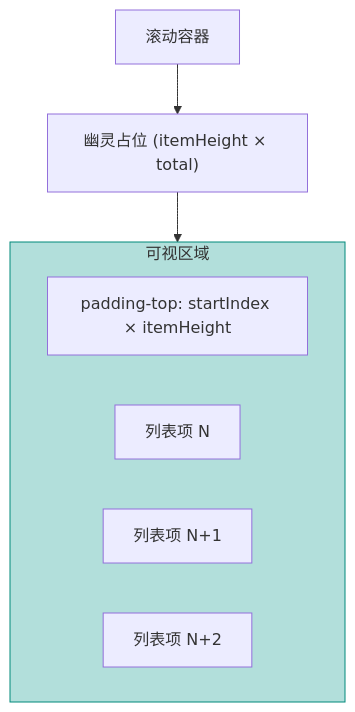
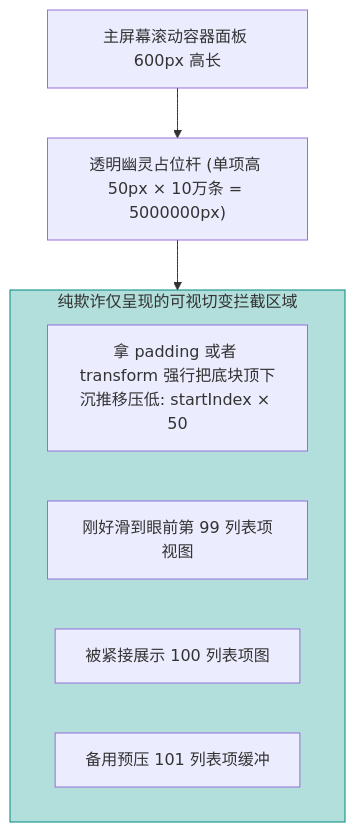
The diagram in docs/posts/Vue3/09_Performance_Optimization.md (briefness/LZYBlog), drawn with Mermaid before and after one commit. The commit also changed other lines of this file and 13 other files, not shown here.

````diff
--- a/docs/posts/Vue3/09_Performance_Optimization.md
+++ b/docs/posts/Vue3/09_Performance_Optimization.md
@@ -172,17 +42,17 @@
 ```mermaid
 graph TD
-    Container["滚动容器"]
-    Phantom["幽灵占位 (itemHeight × total)"]
+    Container["主屏幕滚动容器面板 600px 高长"]
+    Phantom["透明幽灵占位杆 (单项高 50px × 10万条 = 5000000px)"]
     
-    subgraph Visible ["可视区域"]
-        padding["padding-top: startIndex × itemHeight"]
-        Item1["列表项 N"]
-        Item2["列表项 N+1"]
-        Item3["列表项 N+2"]
+    subgraph Visible ["纯欺诈仅呈现的可视切变拦截区域"]
+        padding["拿 padding 或者 transform 强行把底块顶下沉推移压低: startIndex × 50"]
+        Item1["刚好滑到眼前第 99 列表项视图"]
+        Item2["被紧接展示 100 列表项图"]
+        Item3["备用预压 101 列表项缓冲"]
     end
     
     Container --> Phantom
     Phantom --> Visible
     
     style Visible fill:#b2dfdb,stroke:#00897b
 ```
````
